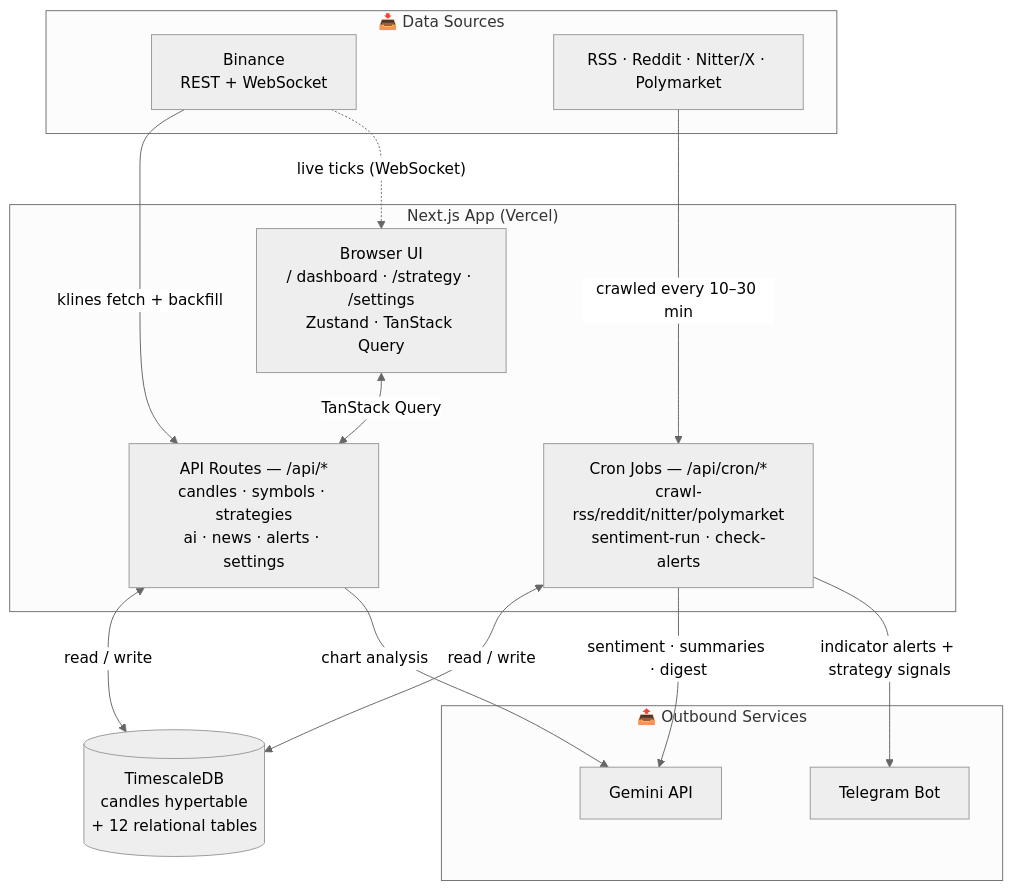
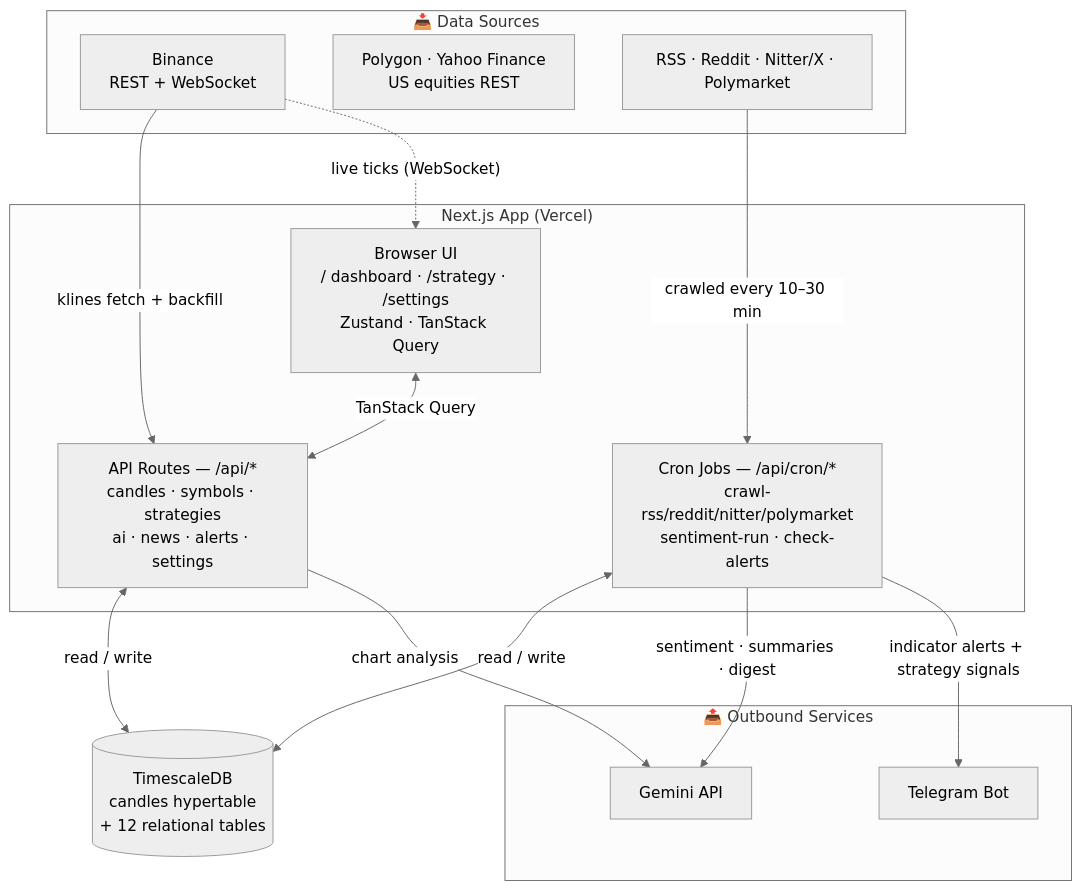
Before and after one commit to thienkyo/RMC_crypto_offical: the diagram in docs/overview.md, drawn with Mermaid (neutral theme). The commit also changed other lines of this file and 21 other files, not shown here.

Commit message:
feat: add equities market support with Polygon and Yahoo integrations

````diff
--- a/docs/overview.md
+++ b/docs/overview.md
@@ -96,30 +104,31 @@
 ```mermaid
 flowchart TB
     subgraph SRC["📥 Data Sources"]
         BIN["Binance<br/>REST + WebSocket"]
+        EQ["Polygon · Yahoo Finance<br/>US equities REST"]
         NEWS["RSS · Reddit · Nitter/X · Polymarket"]
     end
 
     subgraph APP["Next.js App (Vercel)"]
         UI["Browser UI<br/>/ dashboard · /strategy · /settings<br/>Zustand · TanStack Query"]
         API["API Routes — /api/*<br/>candles · symbols · strategies<br/>ai · news · alerts · settings"]
         CRON["Cron Jobs — /api/cron/*<br/>crawl-rss/reddit/nitter/polymarket<br/>sentiment-run · check-alerts"]
     end
 
     subgraph OUT["📤 Outbound Services"]
         GEM["Gemini API"]
         TG["Telegram Bot"]
     end
 
     DB[("TimescaleDB<br/>candles hypertable<br/>+ 12 relational tables")]
 
     BIN -->|"klines fetch + backfill"| API
     BIN -.->|"live ticks (WebSocket)"| UI
     NEWS -->|"crawled every 10–30 min"| CRON
     UI <-->|"TanStack Query"| API
     API <-->|"read / write"| DB
     CRON <-->|"read / write"| DB
     API -->|"chart analysis"| GEM
     CRON -->|"sentiment · summaries · digest"| GEM
     CRON -->|"indicator alerts + strategy signals"| TG
 ```
````
